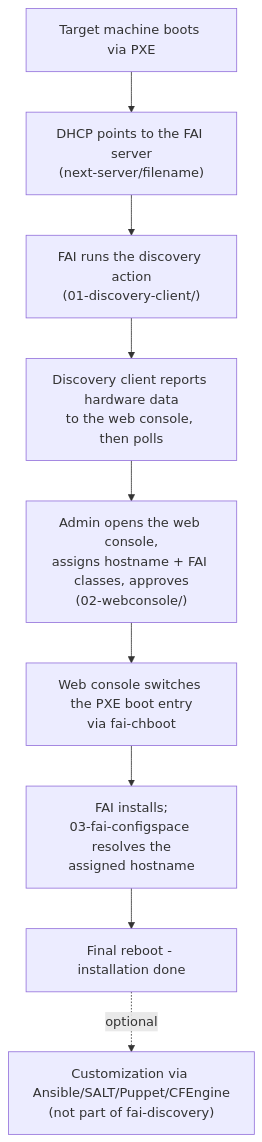
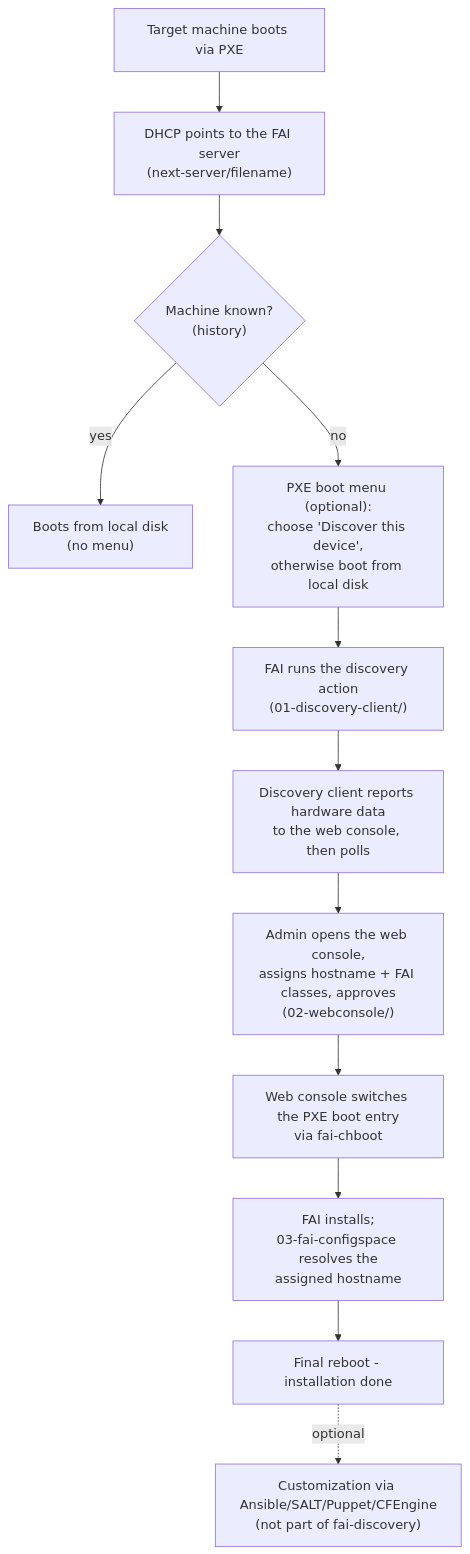
Before and after one commit to mccologne195/fai-discovery: the diagram in docs/architecture.md, drawn with Mermaid. The commit also changed other lines of this file, not shown here.

First line of the commit message:
docs: architecture - boot menu for unknown machines in the flow

````diff
--- a/docs/architecture.md
+++ b/docs/architecture.md
@@ -12,11 +12,14 @@
 ```mermaid
 flowchart TD
     A["Target machine boots via PXE"] --> B["DHCP points to the FAI server<br/>(next-server/filename)"]
-    B --> C["FAI runs the discovery action<br/>(01-discovery-client/)"]
+    B --> M{"Machine known?<br/>(history)"}
+    M -- "yes" --> L["Boots from local disk<br/>(no menu)"]
+    M -- "no" --> N["PXE boot menu (optional):<br/>choose 'Discover this device',<br/>otherwise boot from local disk"]
+    N --> C["FAI runs the discovery action<br/>(01-discovery-client/)"]
     C --> D["Discovery client reports hardware data<br/>to the web console, then polls"]
     D --> E["Admin opens the web console,<br/>assigns hostname + FAI classes, approves<br/>(02-webconsole/)"]
     E --> F["Web console switches the PXE boot entry<br/>via fai-chboot"]
     F --> G["FAI installs;<br/>03-fai-configspace resolves the<br/>assigned hostname"]
     G --> H["Final reboot - installation done"]
     H -.optional.-> I["Customization via Ansible/SALT/Puppet/CFEngine<br/>(not part of fai-discovery)"]
 ```
````
